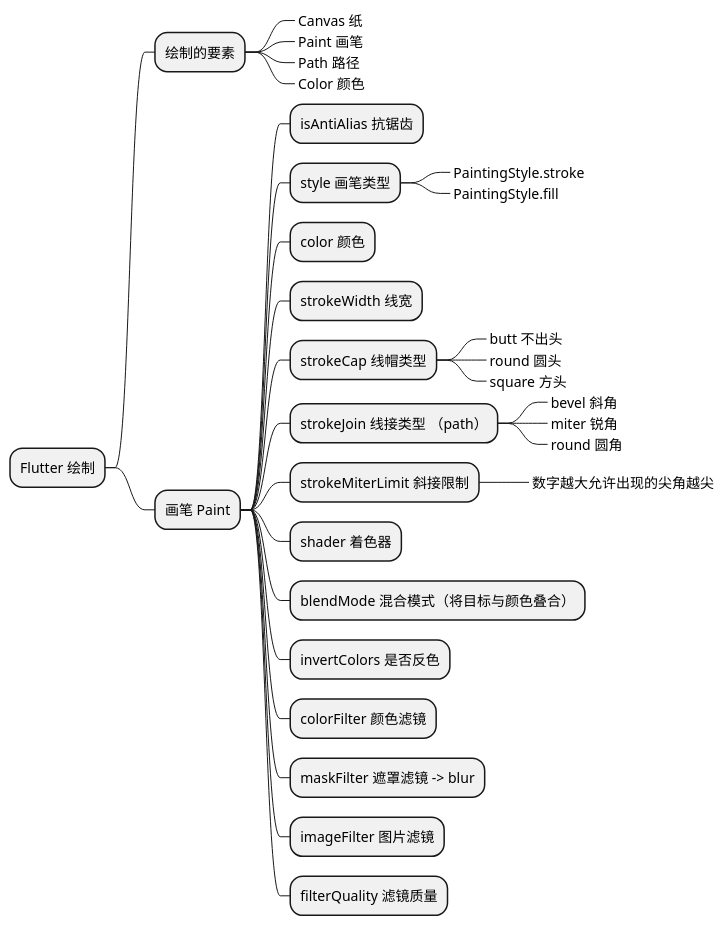
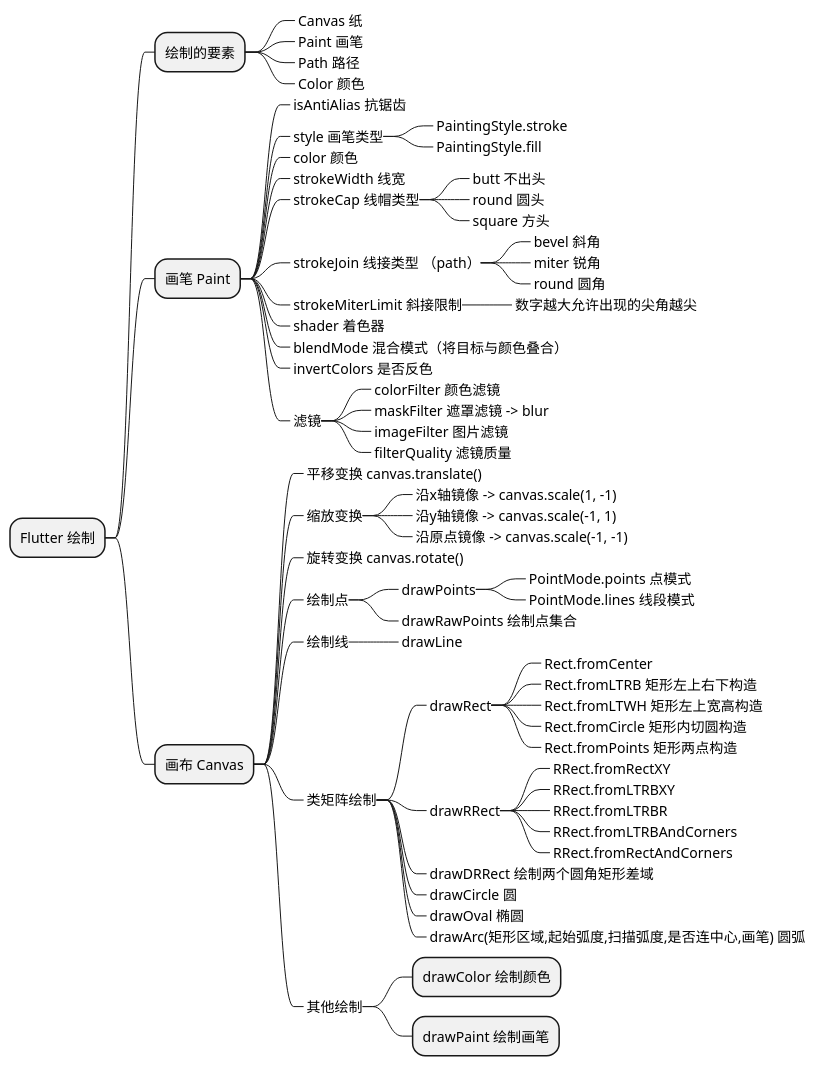
The diagram in lib/ui/pages/functions/canvas_paint_study/mindMap/canvasMindMap.pu (HEROhuqinchao/flutter_bilibili_getx), drawn with PlantUML before and after one commit. The commit also changed 19 other files, not shown here.

```diff
--- a/lib/ui/pages/functions/canvas_paint_study/mindMap/canvasMindMap.pu
+++ b/lib/ui/pages/functions/canvas_paint_study/mindMap/canvasMindMap.pu
@@ -1,32 +1,68 @@
 @startmindmap
 * Flutter 绘制
 ** 绘制的要素
 ***_ Canvas 纸
 ***_ Paint 画笔
 ***_ Path 路径
 ***_ Color 颜色
 ** 画笔 Paint
-*** isAntiAlias 抗锯齿
-*** style 画笔类型
+***_ isAntiAlias 抗锯齿
+***_ style 画笔类型
 ****_ PaintingStyle.stroke
 ****_ PaintingStyle.fill
-*** color 颜色
-*** strokeWidth 线宽
-*** strokeCap 线帽类型
+***_ color 颜色
+***_ strokeWidth 线宽
+***_ strokeCap 线帽类型
 ****_ butt 不出头
 ****_ round 圆头
 ****_ square 方头
-*** strokeJoin 线接类型 （path）
+***_ strokeJoin 线接类型 （path）
 ****_ bevel 斜角
 ****_ miter 锐角
 ****_ round 圆角
-*** strokeMiterLimit 斜接限制
+***_ strokeMiterLimit 斜接限制
 ****_ 数字越大允许出现的尖角越尖
-*** shader 着色器
-*** blendMode 混合模式（将目标与颜色叠合）
-*** invertColors 是否反色
-*** colorFilter 颜色滤镜
-*** maskFilter 遮罩滤镜 -> blur
-*** imageFilter 图片滤镜
-*** filterQuality 滤镜质量
+***_ shader 着色器
+***_ blendMode 混合模式（将目标与颜色叠合）
+***_ invertColors 是否反色
+***_ 滤镜
+****_ colorFilter 颜色滤镜
+****_ maskFilter 遮罩滤镜 -> blur
+****_ imageFilter 图片滤镜
+****_ filterQuality 滤镜质量
+** 画布 Canvas
+***_ 平移变换 canvas.translate()
+***_ 缩放变换
+****_ 沿x轴镜像 -> canvas.scale(1, -1)
+****_ 沿y轴镜像 -> canvas.scale(-1, 1)
+****_ 沿原点镜像 -> canvas.scale(-1, -1)
+***_ 旋转变换 canvas.rotate()
+***_ 绘制点
+****_ drawPoints
+*****_ PointMode.points 点模式
+*****_ PointMode.lines 线段模式
+****_ drawRawPoints 绘制点集合
+***_ 绘制线
+****_ drawLine
+***_ 类矩阵绘制
+****_ drawRect
+*****_ Rect.fromCenter
+*****_ Rect.fromLTRB 矩形左上右下构造
+*****_ Rect.fromLTWH 矩形左上宽高构造
+*****_ Rect.fromCircle 矩形内切圆构造
+*****_ Rect.fromPoints 矩形两点构造
+****_ drawRRect
+*****_ RRect.fromRectXY
+*****_ RRect.fromLTRBXY
+*****_ RRect.fromLTRBR
+*****_ RRect.fromLTRBAndCorners
+*****_ RRect.fromRectAndCorners
+****_ drawDRRect 绘制两个圆角矩形差域
+****_ drawCircle 圆
+****_ drawOval 椭圆
+****_ drawArc(矩形区域,起始弧度,扫描弧度,是否连中心,画笔) 圆弧
+***_ 其他绘制
+**** drawColor 绘制颜色
+**** drawPaint 绘制画笔
+
 @endmindmap
```
